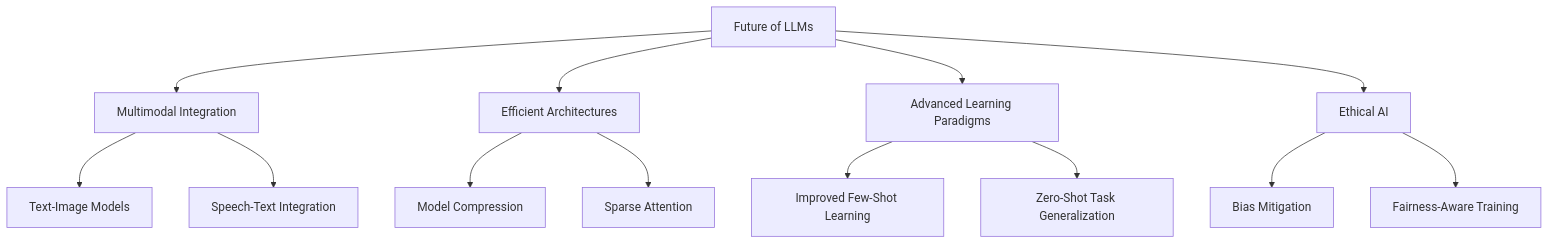
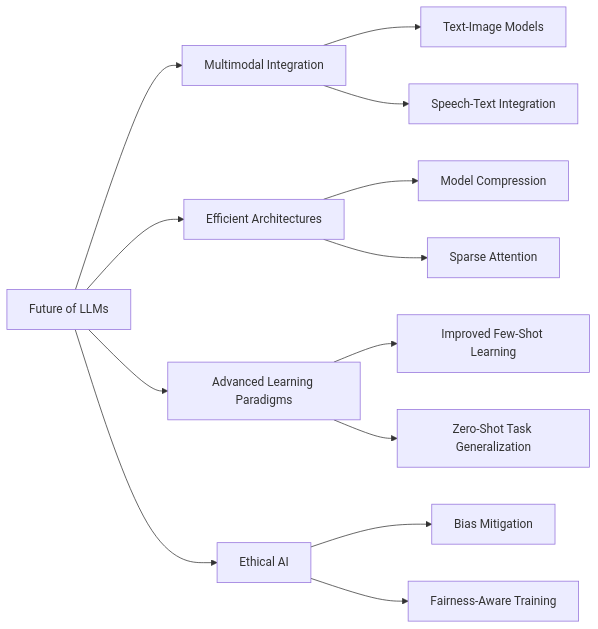
Before and after one commit to chenxingqiang/llm-course-chen: the second of 2 diagrams in notebooks/md/lesson_4.md, drawn with Mermaid. The commit also changed other lines of this file and 102 other files, not shown here.

````diff
--- a/notebooks/md/lesson_4.md
+++ b/notebooks/md/lesson_4.md
@@ -194,20 +194,20 @@
 ```mermaid
-graph TD
+graph LR
     A[Future of LLMs] --> B[Multimodal Integration]
     A --> C[Efficient Architectures]
     A --> D[Advanced Learning Paradigms]
     A --> E[Ethical AI]
     
     B --> B1[Text-Image Models]
     B --> B2[Speech-Text Integration]
     
     C --> C1[Model Compression]
     C --> C2[Sparse Attention]
     
     D --> D1[Improved Few-Shot Learning]
     D --> D2[Zero-Shot Task Generalization]
     
     E --> E1[Bias Mitigation]
     E --> E2[Fairness-Aware Training]
 
 ```
````
